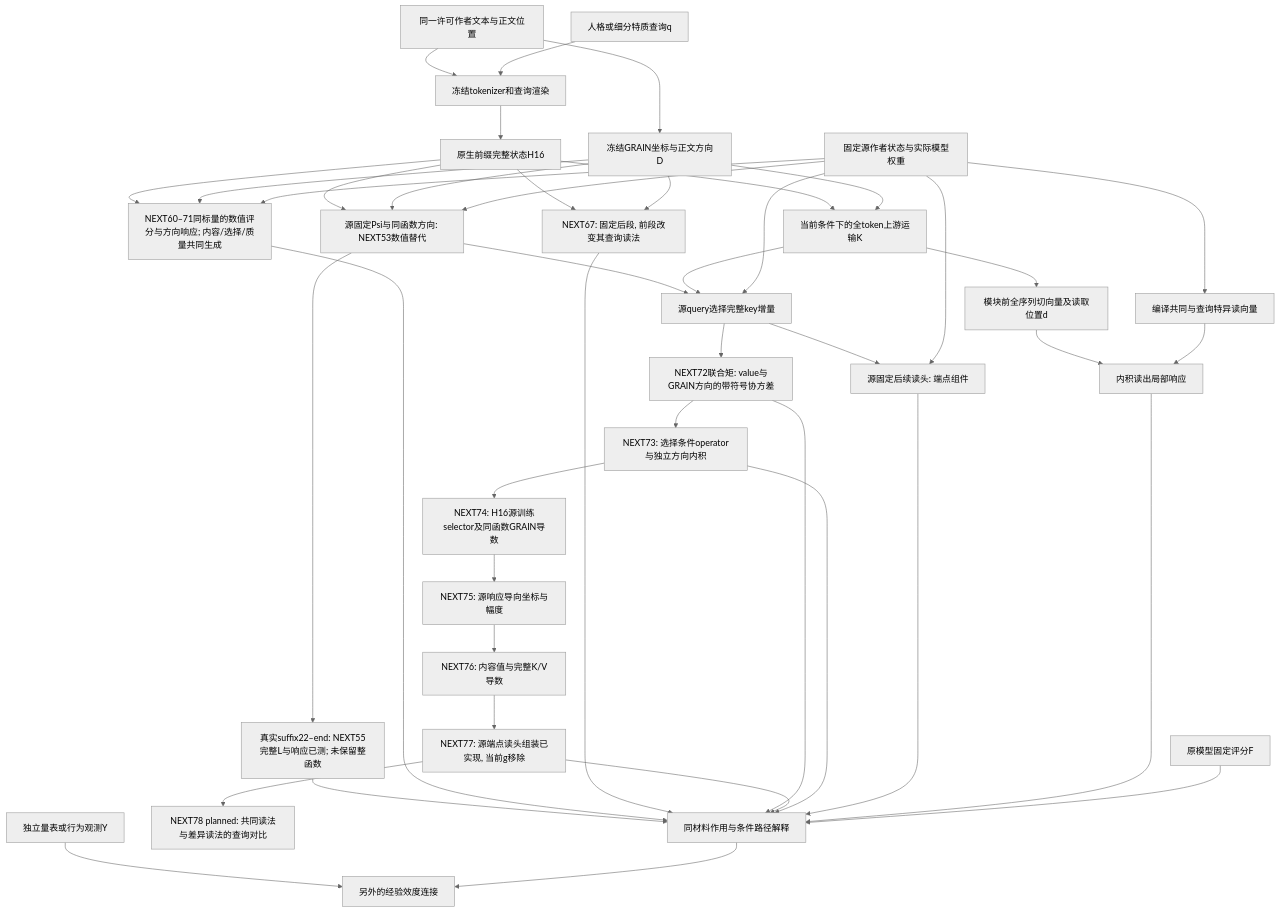
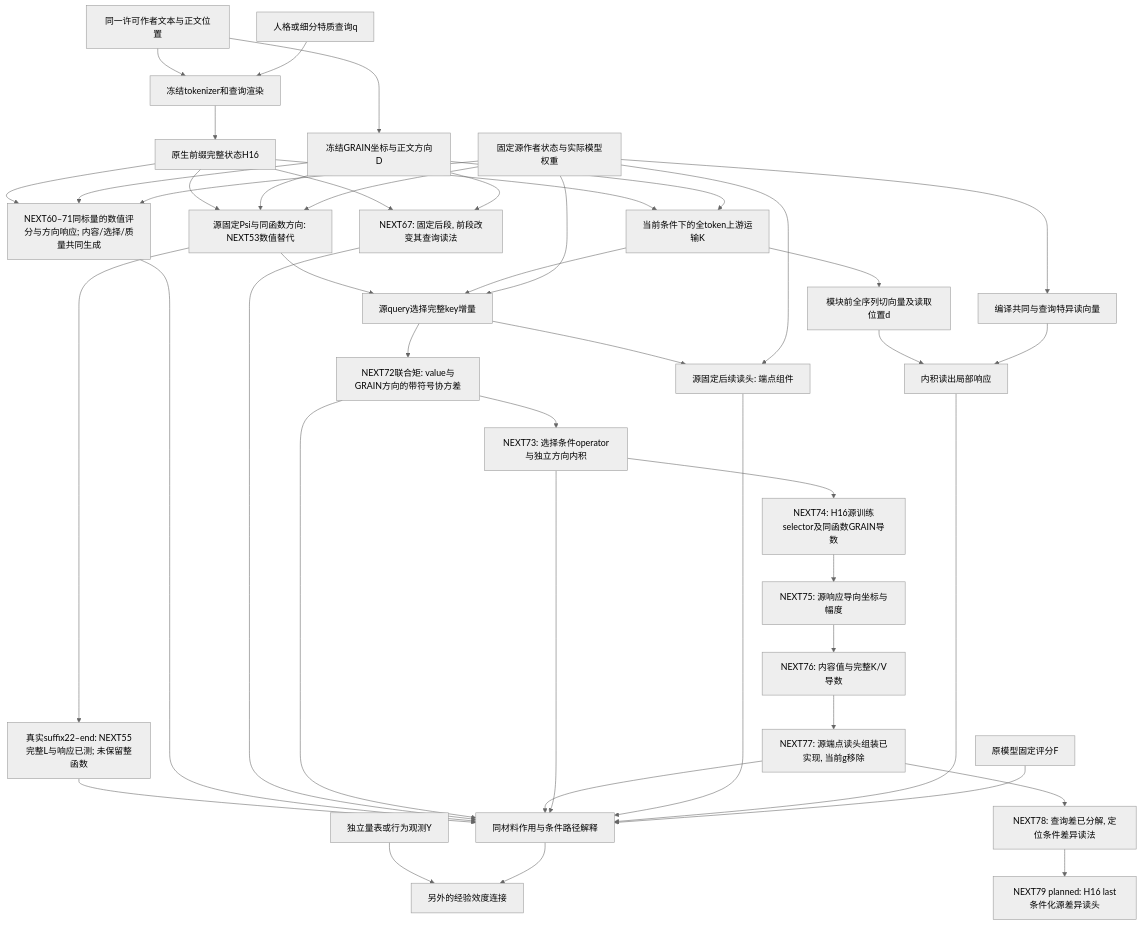
The diagram in docs/GRAIN_UPSTREAM_MECHANISM_INTEGRATION_V1.md (reiserhhh/GRAIN), drawn with Mermaid (neutral theme) before and after one commit. The commit also changed other lines of this file and 17 other files, not shown here.

````diff
--- a/docs/GRAIN_UPSTREAM_MECHANISM_INTEGRATION_V1.md
+++ b/docs/GRAIN_UPSTREAM_MECHANISM_INTEGRATION_V1.md
@@ -8,45 +8,46 @@
 ```mermaid
 flowchart TD
   T[同一许可作者文本与正文位置] --> G[冻结GRAIN坐标与正文方向D]
   T --> R[冻结tokenizer和查询渲染]
   Q[人格或细分特质查询q] --> R
   R --> H[原生前缀完整状态H16]
   H --> K[当前条件下的全token上游运输K]
   H --> P[源固定Psi与同函数方向: NEXT53数值替代]
   G --> P
   S --> P
   P --> U
   P --> W[真实suffix22–end: NEXT55完整L与响应已测; 未保留整函数]
   W --> J
   H --> Z[NEXT60–71同标量的数值评分与方向响应; 内容/选择/质量共同生成]
   G --> Z
   S --> Z
   Z --> J
   H --> I[NEXT67: 固定后段, 前段改变其查询读法]
   G --> I
   I --> J
   G --> K
   K --> D[模块前全序列切向量及读取位置d]
   S[固定源作者状态与实际模型权重] --> V[编译共同与查询特异读向量]
   D --> A[内积读出局部响应]
   V --> A
   K --> U[源query选择完整key增量]
   S --> U
   U --> M[NEXT72联合矩: value与GRAIN方向的带符号协方差]
   M --> J
   M --> O[NEXT73: 选择条件operator与独立方向内积]
   O --> P74[NEXT74: H16源训练selector及同函数GRAIN导数]
   P74 --> P75[NEXT75: 源响应导向坐标与幅度]
   P75 --> P76[NEXT76: 内容值与完整K/V导数]
   P76 --> P77[NEXT77: 源端点读头组装已实现, 当前g移除]
   P77 --> J
-  P77 --> P78[NEXT78 planned: 共同读法与差异读法的查询对比]
+  P77 --> P78[NEXT78: 查询差已分解, 定位条件差异读法]
+  P78 --> P79[NEXT79 planned: H16 last条件化源差异读头]
   O --> J
   U --> C[源固定后续读头: 端点组件]
   S --> C
   C --> J
   A --> J[同材料作用与条件路径解释]
   F[原模型固定评分F] --> J
   Y[独立量表或行为观测Y] --> E[另外的经验效度连接]
   J --> E
 ```
````
